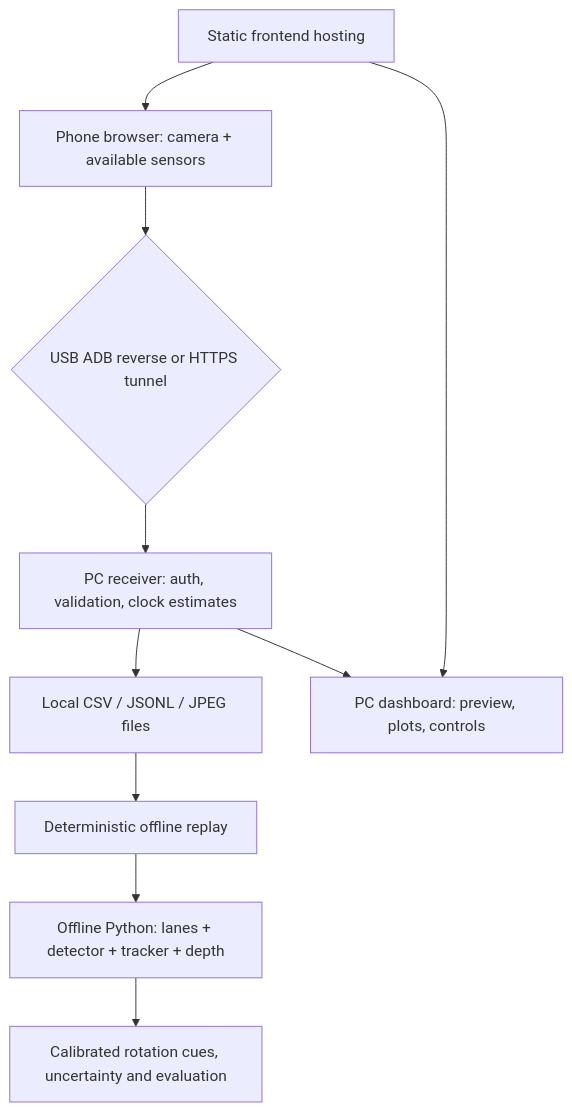
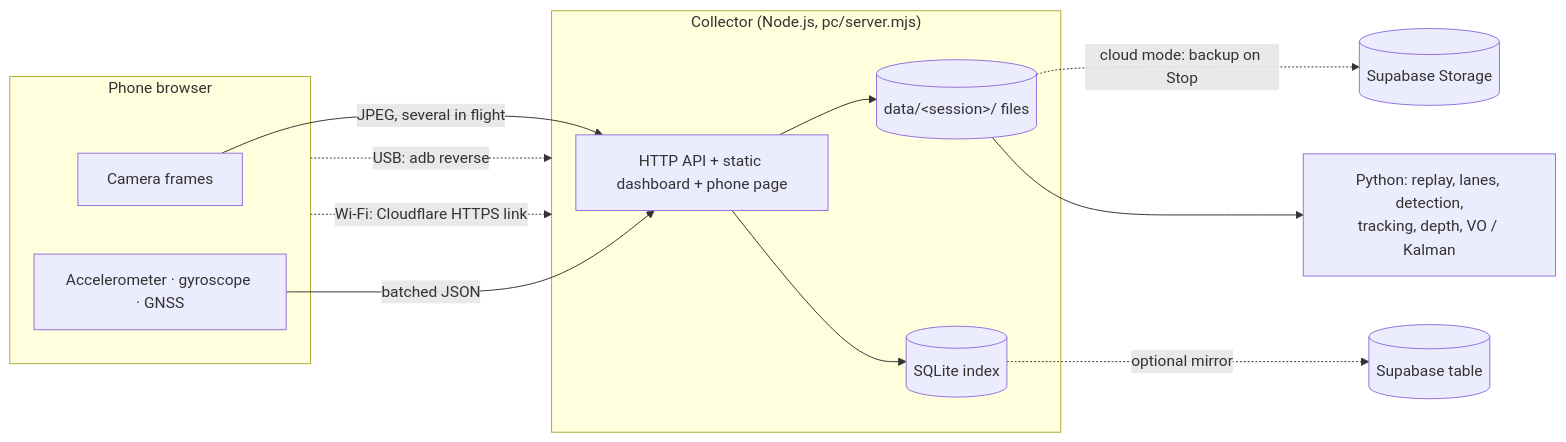
The first of 2 diagrams in README.md (DeoneAI/tepegoz), drawn with Mermaid before and after one commit. The commit also changed other lines of this file and 31 other files, not shown here.

````diff
--- a/README.md
+++ b/README.md
@@ -84,12 +122,21 @@
 ```mermaid
-flowchart TB
-  phone["Phone browser: camera + available sensors"] --> route{"USB ADB reverse or HTTPS tunnel"}
-  route --> receiver["PC receiver: auth, validation, clock estimates"]
-  receiver --> records["Local CSV / JSONL / JPEG files"]
-  receiver --> dashboard["PC dashboard: preview, plots, controls"]
-  records --> replay["Deterministic offline replay"]
-  replay --> perception["Offline Python: lanes + detector + tracker + depth"]
-  perception --> fusion["Calibrated rotation cues, uncertainty and evaluation"]
-  hosting["Static frontend hosting"] --> phone
-  hosting --> dashboard
+flowchart LR
+    subgraph Phone["Phone browser"]
+        cam["Camera frames"]
+        imu["Accelerometer · gyroscope · GNSS"]
+    end
+    subgraph Collector["Collector (Node.js, pc/server.mjs)"]
+        api["HTTP API + static dashboard + phone page"]
+        files[("data/&lt;session&gt;/ files")]
+        sql[("SQLite index")]
+        api --> files
+        api --> sql
+    end
+    cam -->|JPEG, several in flight| api
+    imu -->|batched JSON| api
+    Phone -. "USB: adb reverse" .-> Collector
+    Phone -. "Wi-Fi: Cloudflare HTTPS link" .-> Collector
+    sql -. "optional mirror" .-> sb[("Supabase table")]
+    files -. "cloud mode: backup on Stop" .-> st[("Supabase Storage")]
+    files --> py["Python: replay, lanes, detection,<br/>tracking, depth, VO / Kalman"]
 ```
````
